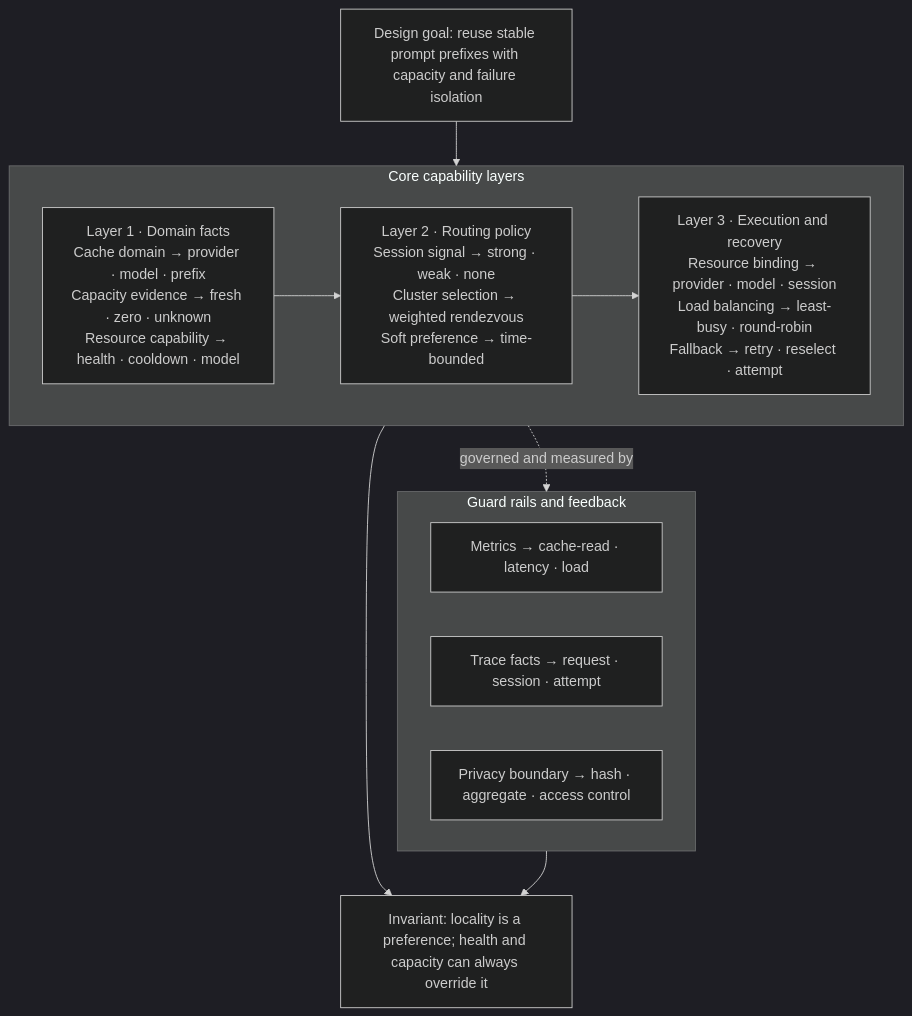
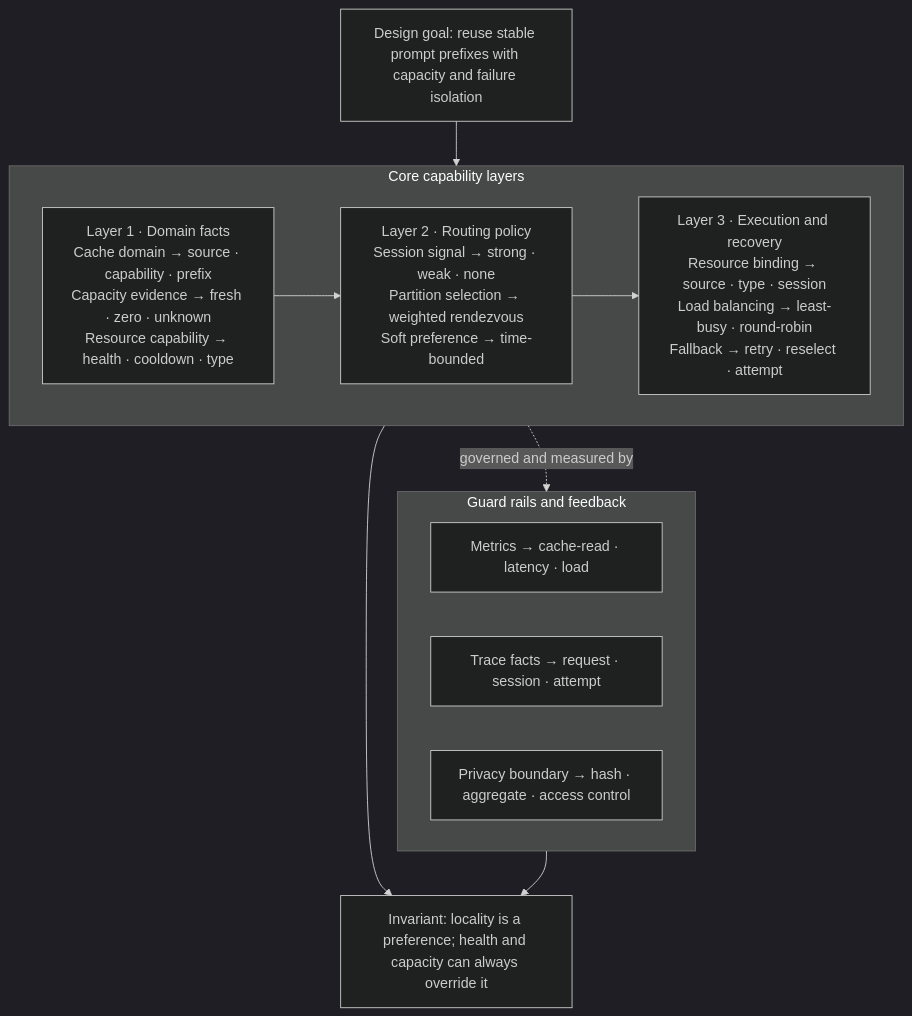
One commit to Liyuk/liyuk.github.io changed the third of 3 diagrams in src/content/writing/2026/08/cache-optimization-and-locality/zh.md. Above: the diagram before and after it, drawn with Mermaid (dark theme). The commit also changed other lines of this file and 11 other files, not shown here.

````diff
--- a/src/content/writing/2026/08/cache-optimization-and-locality/zh.md
+++ b/src/content/writing/2026/08/cache-optimization-and-locality/zh.md
@@ -324,24 +325,24 @@
 ```mermaid
 flowchart TB
     G[Design goal: reuse stable prompt prefixes with capacity and failure isolation]
 
     subgraph B[Core capability layers]
         direction LR
-        F[Layer 1 · Domain facts<br/>Cache domain → provider · model · prefix<br/>Capacity evidence → fresh · zero · unknown<br/>Resource capability → health · cooldown · model]
-        R[Layer 2 · Routing policy<br/>Session signal → strong · weak · none<br/>Cluster selection → weighted rendezvous<br/>Soft preference → time-bounded]
-        X[Layer 3 · Execution and recovery<br/>Resource binding → provider · model · session<br/>Load balancing → least-busy · round-robin<br/>Fallback → retry · reselect · attempt]
+        F[Layer 1 · Domain facts<br/>Cache domain → source · capability · prefix<br/>Capacity evidence → fresh · zero · unknown<br/>Resource capability → health · cooldown · type]
+        R[Layer 2 · Routing policy<br/>Session signal → strong · weak · none<br/>Partition selection → weighted rendezvous<br/>Soft preference → time-bounded]
+        X[Layer 3 · Execution and recovery<br/>Resource binding → source · type · session<br/>Load balancing → least-busy · round-robin<br/>Fallback → retry · reselect · attempt]
         F --> R --> X
     end
 
     subgraph O[Guard rails and feedback]
         direction LR
         O1[Metrics → cache-read · latency · load]
         O2[Trace facts → request · session · attempt]
         O3[Privacy boundary → hash · aggregate · access control]
     end
 
     G --> B
     B -. governed and measured by .-> O
     B --> I[Invariant: locality is a preference; health and capacity can always override it]
     O --> I
 ```
````
